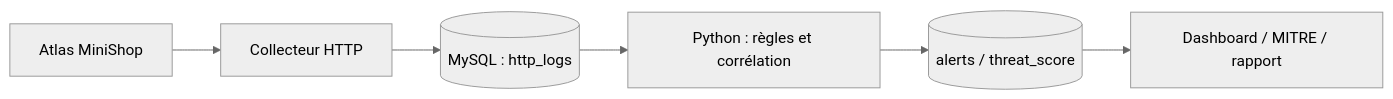
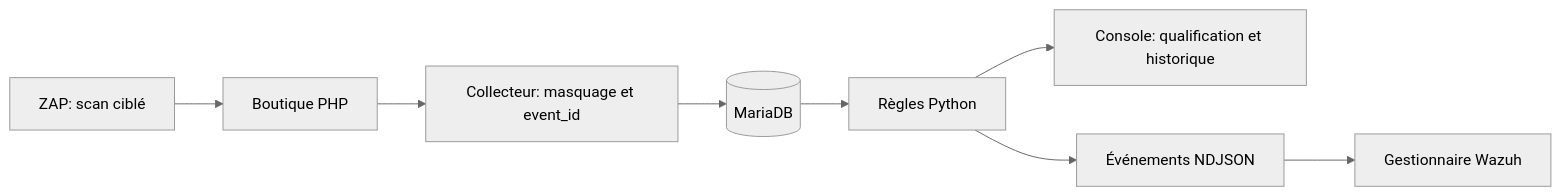
One commit to anaselkarkouri/Mini-SOC-Web changed the diagram in README.md. Above: the diagram before and after it, drawn with Mermaid (neutral theme). The commit also changed other lines of this file and 47 other files, not shown here.

Commit message:
Improve Mini-SOC lab detection, evidence and targeted retests

````diff
--- a/README.md
+++ b/README.md
@@ -18,8 +11,10 @@
 ```mermaid
 flowchart LR
-  WEB[Atlas MiniShop] --> LOG[Collecteur HTTP]
-  LOG --> DB[(MySQL : http_logs)]
-  DB --> ENGINE[Python : règles et corrélation]
-  ENGINE --> ALERT[(alerts / threat_score)]
-  ALERT --> SOC[Dashboard / MITRE / rapport]
+  HTTP[Boutique PHP] --> LOG[Collecteur: masquage et event_id]
+  LOG --> DB[(MariaDB)]
+  DB --> PY[Règles Python]
+  PY --> SOC[Console: qualification et historique]
+  PY --> JSON[Événements NDJSON]
+  JSON --> WAZUH[Gestionnaire Wazuh]
+  ZAP[ZAP: scan ciblé] --> HTTP
 ```
````
